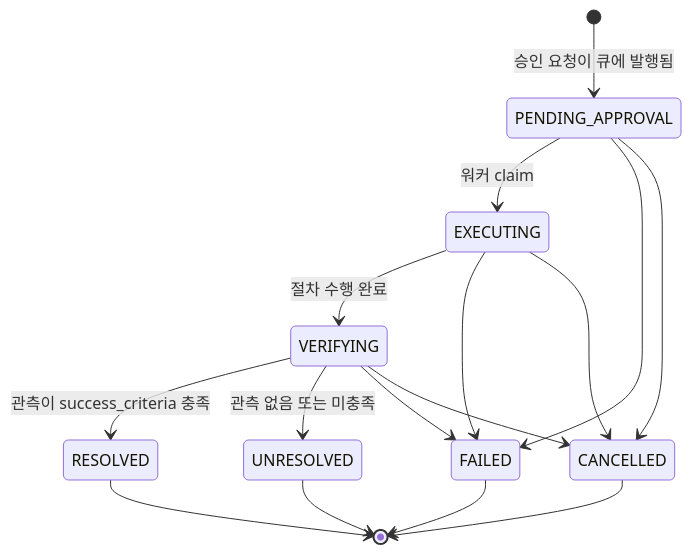
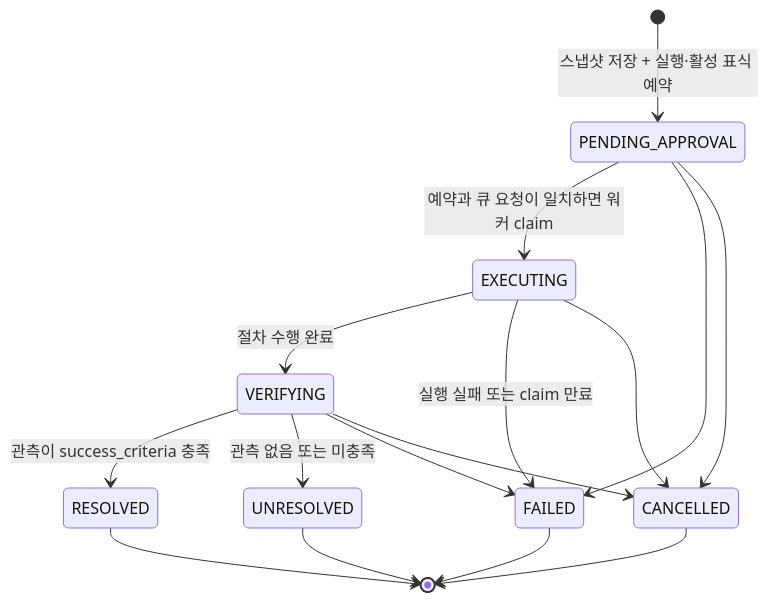
The fourth of 4 diagrams in docs/rca-to-remediation-flow.md (haandol/rca-agent), drawn with Mermaid before and after one commit. The commit also changed other lines of this file and 81 other files, not shown here.

````diff
--- a/docs/rca-to-remediation-flow.md
+++ b/docs/rca-to-remediation-flow.md
@@ -222,20 +238,20 @@
 ```mermaid
 stateDiagram-v2
-    [*] --> PENDING_APPROVAL: 승인 요청이 큐에 발행됨
-    PENDING_APPROVAL --> EXECUTING: 워커 claim
+    [*] --> PENDING_APPROVAL: 스냅샷 저장 + 실행·활성 표식 예약
+    PENDING_APPROVAL --> EXECUTING: 예약과 큐 요청이 일치하면 워커 claim
     EXECUTING --> VERIFYING: 절차 수행 완료
     VERIFYING --> RESOLVED: 관측이 success_criteria 충족
     VERIFYING --> UNRESOLVED: 관측 없음 또는 미충족
 
     PENDING_APPROVAL --> FAILED
     PENDING_APPROVAL --> CANCELLED
-    EXECUTING --> FAILED
+    EXECUTING --> FAILED: 실행 실패 또는 claim 만료
     EXECUTING --> CANCELLED
     VERIFYING --> FAILED
     VERIFYING --> CANCELLED
 
     RESOLVED --> [*]
     UNRESOLVED --> [*]
     FAILED --> [*]
     CANCELLED --> [*]
 ```
````
